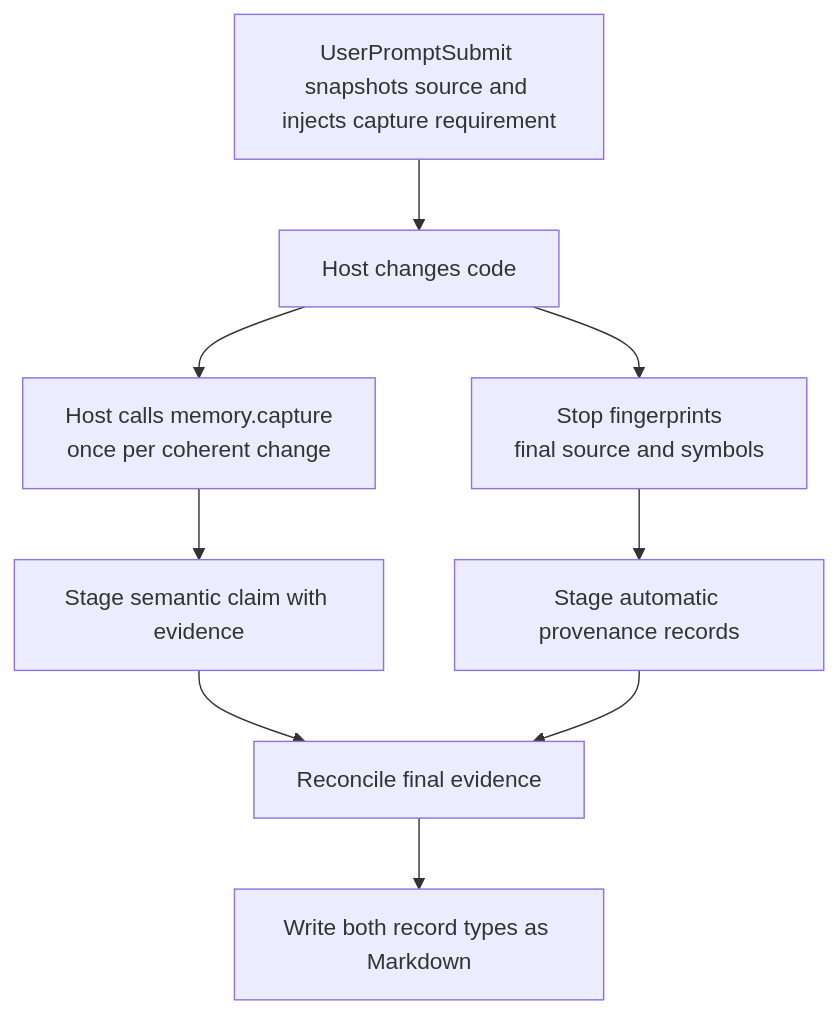
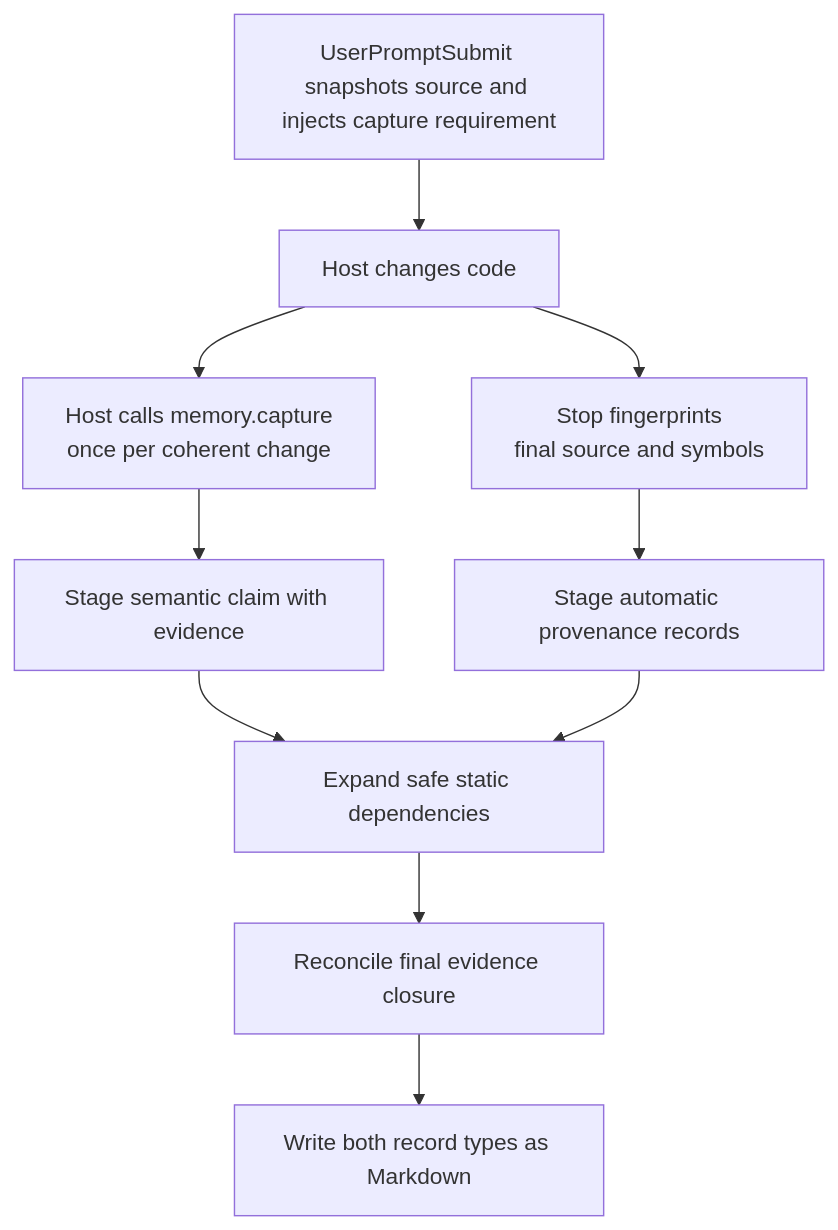
The second of 2 diagrams in README.md (fagnermourafeitosa/memory-stale), drawn with Mermaid before and after one commit. The commit also changed other lines of this file and 13 other files, not shown here.

Commit message:
add automatic static provenance graph

````diff
--- a/README.md
+++ b/README.md
@@ -173,11 +202,12 @@
 ```mermaid
 flowchart TD
     A[UserPromptSubmit snapshots source and injects capture requirement] --> B[Host changes code]
     B --> C["Host calls memory.capture<br/>once per coherent change"]
     B --> D["Stop fingerprints<br/>final source and symbols"]
     C --> E[Stage semantic claim with evidence]
     D --> F[Stage automatic provenance records]
-    E --> G[Reconcile final evidence]
-    F --> G
+    E --> I[Expand safe static dependencies]
+    F --> I
+    I --> G[Reconcile final evidence closure]
     G --> H[Write both record types as Markdown]
 ```
````
